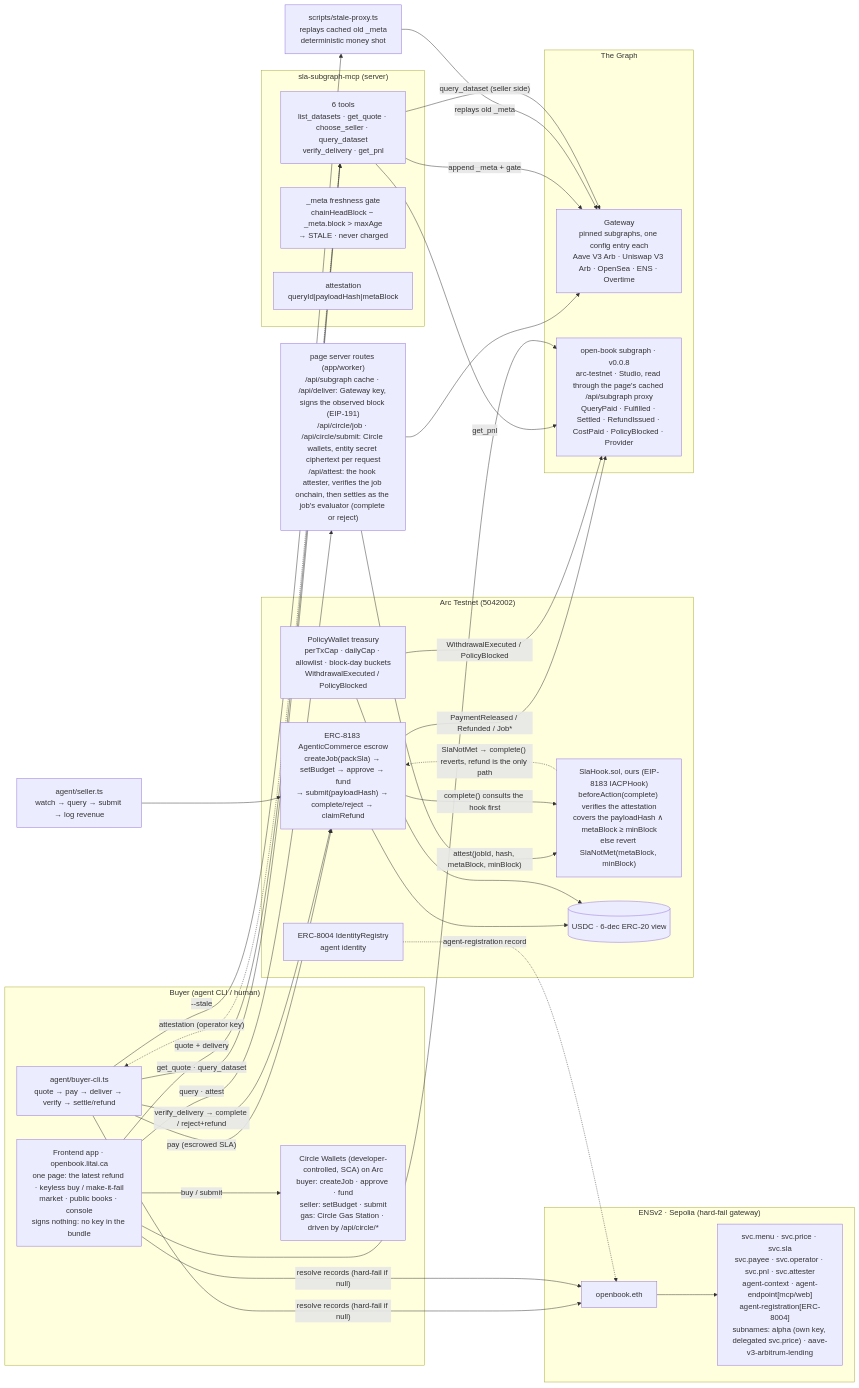
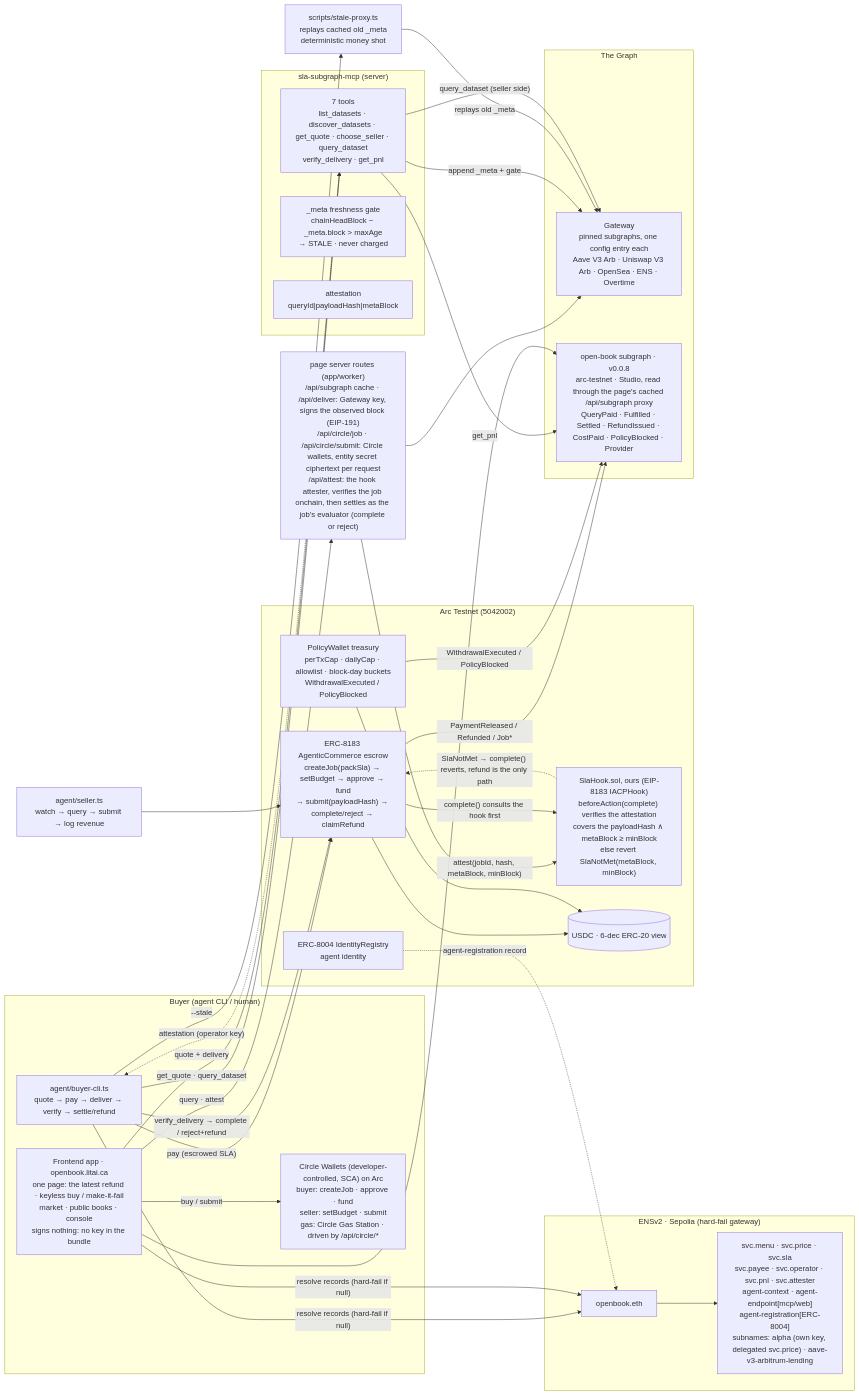
Before and after one commit to Aliserag/ethonline2026-openbook: the diagram in docs/architecture.md, drawn with Mermaid. The commit also changed 8 other files, not shown here.

Commit message:
feat(mcp): discover_datasets composes The Graph's official Subgraph MCP (catalog search → paste-ready config entries); seven tools; docs

````diff
--- a/docs/architecture.md
+++ b/docs/architecture.md
@@ -12,62 +12,62 @@
 ```mermaid
 flowchart LR
     subgraph BuyerSide["Buyer (agent CLI / human)"]
         BC[agent/buyer-cli.ts<br/>quote → pay → deliver → verify → settle/refund]
         FE[Frontend app · openbook.litai.ca<br/>one page: the latest refund · keyless buy / make-it-fail<br/>market · public books · console<br/>signs nothing: no key in the bundle]
         CW["Circle Wallets (developer-controlled, SCA) on Arc<br/>buyer: createJob · approve · fund<br/>seller: setBudget · submit<br/>gas: Circle Gas Station · driven by /api/circle/*"]
         FE -->|"buy / submit"| CW
     end
 
     subgraph ENSv2["ENSv2 · Sepolia (hard-fail gateway)"]
         NAME[openbook.eth]
         RECS["svc.menu · svc.price · svc.sla<br/>svc.payee · svc.operator · svc.pnl · svc.attester<br/>agent-context · agent-endpoint[mcp/web]<br/>agent-registration[ERC-8004]<br/>subnames: alpha (own key, delegated svc.price) · aave-v3-arbitrum-lending"]
         NAME --> RECS
     end
 
     subgraph Arc["Arc Testnet (5042002)"]
         J["ERC-8183 AgenticCommerce escrow<br/>createJob(packSla) → setBudget → approve → fund<br/>→ submit(payloadHash) → complete/reject → claimRefund"]
         HOOK["SlaHook.sol, ours (EIP-8183 IACPHook)<br/>beforeAction(complete) verifies the attestation<br/>covers the payloadHash ∧ metaBlock ≥ minBlock<br/>else revert SlaNotMet(metaBlock, minBlock)"]
         W["PolicyWallet treasury<br/>perTxCap · dailyCap · allowlist · block-day buckets<br/>WithdrawalExecuted / PolicyBlocked"]
         ID["ERC-8004 IdentityRegistry<br/>agent identity"]
         USDC[(USDC · 6-dec ERC-20 view)]
     end
 
     subgraph MCP["sla-subgraph-mcp (server)"]
-        S["6 tools<br/>list_datasets · get_quote · choose_seller · query_dataset<br/>verify_delivery · get_pnl"]
+        S["7 tools<br/>list_datasets · discover_datasets · get_quote · choose_seller · query_dataset<br/>verify_delivery · get_pnl"]
         GATE["_meta freshness gate<br/>chainHeadBlock − _meta.block > maxAge<br/>→ STALE · never charged"]
         SIGN["attestation<br/>queryId|payloadHash|metaBlock"]
     end
 
     subgraph Graph["The Graph"]
         GW[Gateway<br/>pinned subgraphs, one config entry each<br/>Aave V3 Arb · Uniswap V3 Arb · OpenSea · ENS · Overtime]
         PNL[open-book subgraph · v0.0.8<br/>arc-testnet · Studio, read through the page's cached /api/subgraph proxy<br/>QueryPaid · Fulfilled · Settled · RefundIssued · CostPaid · PolicyBlocked · Provider]
     end
 
     SP[scripts/stale-proxy.ts<br/>replays cached old _meta<br/>deterministic money shot]
     API["page server routes (app/worker)<br/>/api/subgraph cache · /api/deliver: Gateway key, signs the observed block (EIP-191)<br/>/api/circle/job · /api/circle/submit: Circle wallets, entity secret ciphertext per request<br/>/api/attest: the hook attester, verifies the job onchain, then settles as the job's evaluator (complete or reject)"]
     FE -->|"query · attest"| API
     API --> GW
     API -->|"attest(jobId, hash, metaBlock, minBlock)"| HOOK
 
     BC -->|"resolve records (hard-fail if null)"| NAME
     FE -->|"resolve records (hard-fail if null)"| NAME
     BC -->|"get_quote · query_dataset"| S
     FE -->|"quote + delivery"| S
     S -->|"append _meta + gate"| GW
     BC -->|"--stale"| SP
     SP -->|"replays old _meta"| GW
     BC -->|"pay (escrowed SLA)"| J
     S -->|"query_dataset (seller side)"| GW
     SEL[agent/seller.ts<br/>watch → query → submit → log revenue] --> J
     BC -->|"verify_delivery → complete / reject+refund"| J
     J -->|"complete() consults the hook first"| HOOK
     HOOK -.->|"SlaNotMet → complete() reverts, refund is the only path"| J
     J --> USDC
     J -->|"PaymentReleased / Refunded / Job*"| PNL
     W --> USDC
     W -->|"WithdrawalExecuted / PolicyBlocked"| PNL
     S -->|"get_pnl"| PNL
     FE --> PNL
     ID -.->|"agent-registration record"| NAME
     S -.->|"attestation (operator key)"| BC
 ```
````
